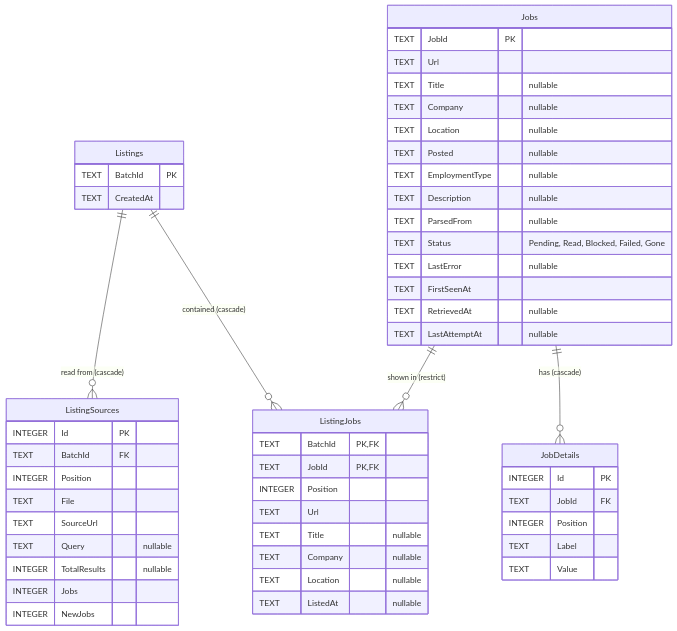
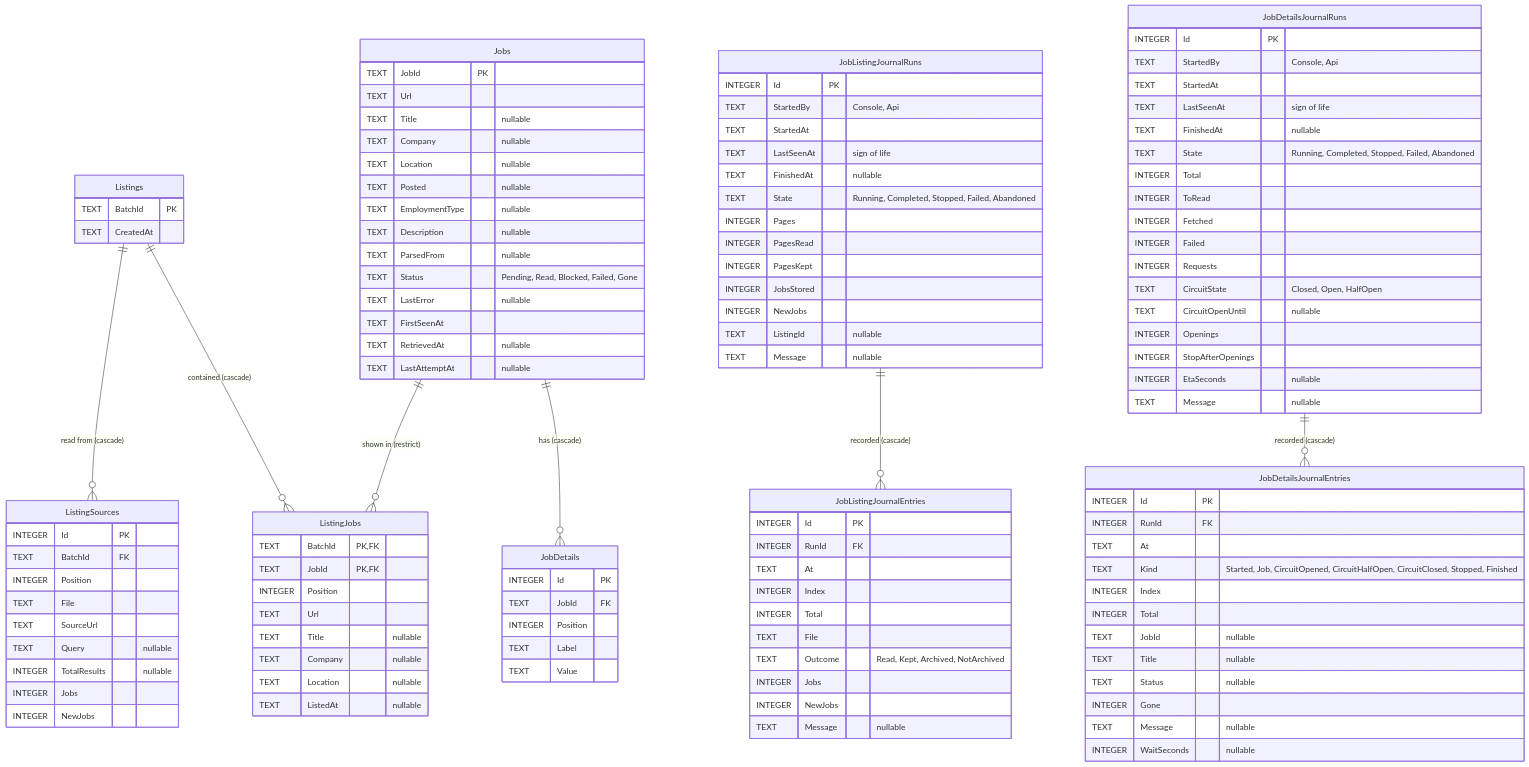
Before and after one commit to VDanielV/job-fetch-probe: the diagram in docs/database.md, drawn with Mermaid. The commit also changed other lines of this file and 144 other files, not shown here.

Commit message:
moving slowly from the console to the web + api

````diff
--- a/docs/database.md
+++ b/docs/database.md
@@ -38,6 +48,8 @@
     Listings ||--o{ ListingJobs : "contained (cascade)"
     Jobs ||--o{ ListingJobs : "shown in (restrict)"
     Jobs ||--o{ JobDetails : "has (cascade)"
+    JobListingJournalRuns ||--o{ JobListingJournalEntries : "recorded (cascade)"
+    JobDetailsJournalRuns ||--o{ JobDetailsJournalEntries : "recorded (cascade)"
 
     Listings {
         TEXT BatchId PK
@@ -87,4 +99,64 @@
         TEXT Label
         TEXT Value
     }
+    JobListingJournalRuns {
+        INTEGER Id PK
+        TEXT StartedBy "Console, Api"
+        TEXT StartedAt
+        TEXT LastSeenAt "sign of life"
+        TEXT FinishedAt "nullable"
+        TEXT State "Running, Completed, Stopped, Failed, Abandoned"
+        INTEGER Pages
+        INTEGER PagesRead
+        INTEGER PagesKept
+        INTEGER JobsStored
+        INTEGER NewJobs
+        TEXT ListingId "nullable"
+        TEXT Message "nullable"
+    }
+    JobListingJournalEntries {
+        INTEGER Id PK
+        INTEGER RunId FK
+        TEXT At
+        INTEGER Index
+        INTEGER Total
+        TEXT File
+        TEXT Outcome "Read, Kept, Archived, NotArchived"
+        INTEGER Jobs
+        INTEGER NewJobs
+        TEXT Message "nullable"
+    }
+    JobDetailsJournalRuns {
+        INTEGER Id PK
+        TEXT StartedBy "Console, Api"
+        TEXT StartedAt
+        TEXT LastSeenAt "sign of life"
+        TEXT FinishedAt "nullable"
+        TEXT State "Running, Completed, Stopped, Failed, Abandoned"
+        INTEGER Total
+        INTEGER ToRead
+        INTEGER Fetched
+        INTEGER Failed
+        INTEGER Requests
+        TEXT CircuitState "Closed, Open, HalfOpen"
+        TEXT CircuitOpenUntil "nullable"
+        INTEGER Openings
+        INTEGER StopAfterOpenings
+        INTEGER EtaSeconds "nullable"
+        TEXT Message "nullable"
+    }
+    JobDetailsJournalEntries {
+        INTEGER Id PK
+        INTEGER RunId FK
+        TEXT At
+        TEXT Kind "Started, Job, CircuitOpened, CircuitHalfOpen, CircuitClosed, Stopped, Finished"
+        INTEGER Index
+        INTEGER Total
+        TEXT JobId "nullable"
+        TEXT Title "nullable"
+        TEXT Status "nullable"
+        INTEGER Gone
+        TEXT Message "nullable"
+        INTEGER WaitSeconds "nullable"
+    }
 ```
````
